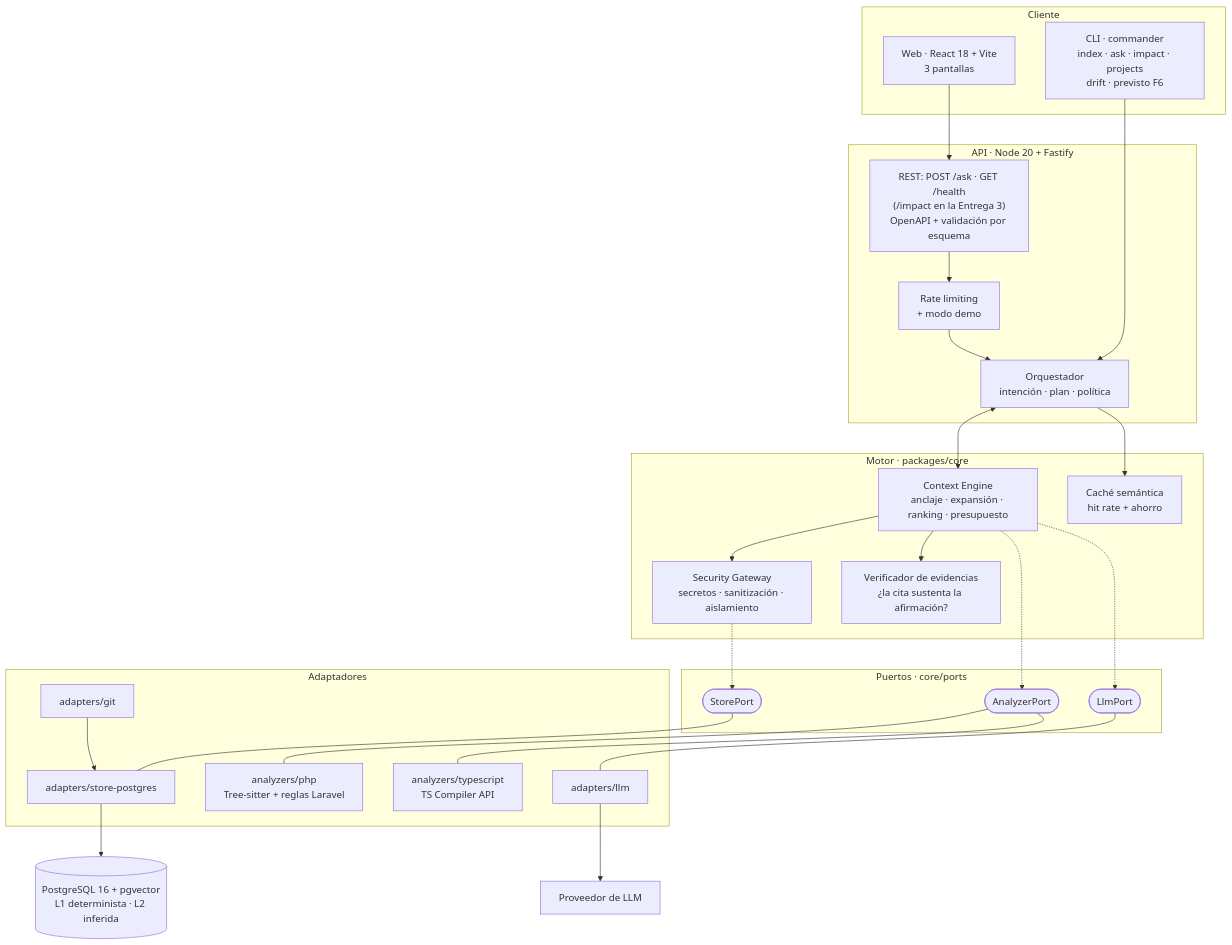
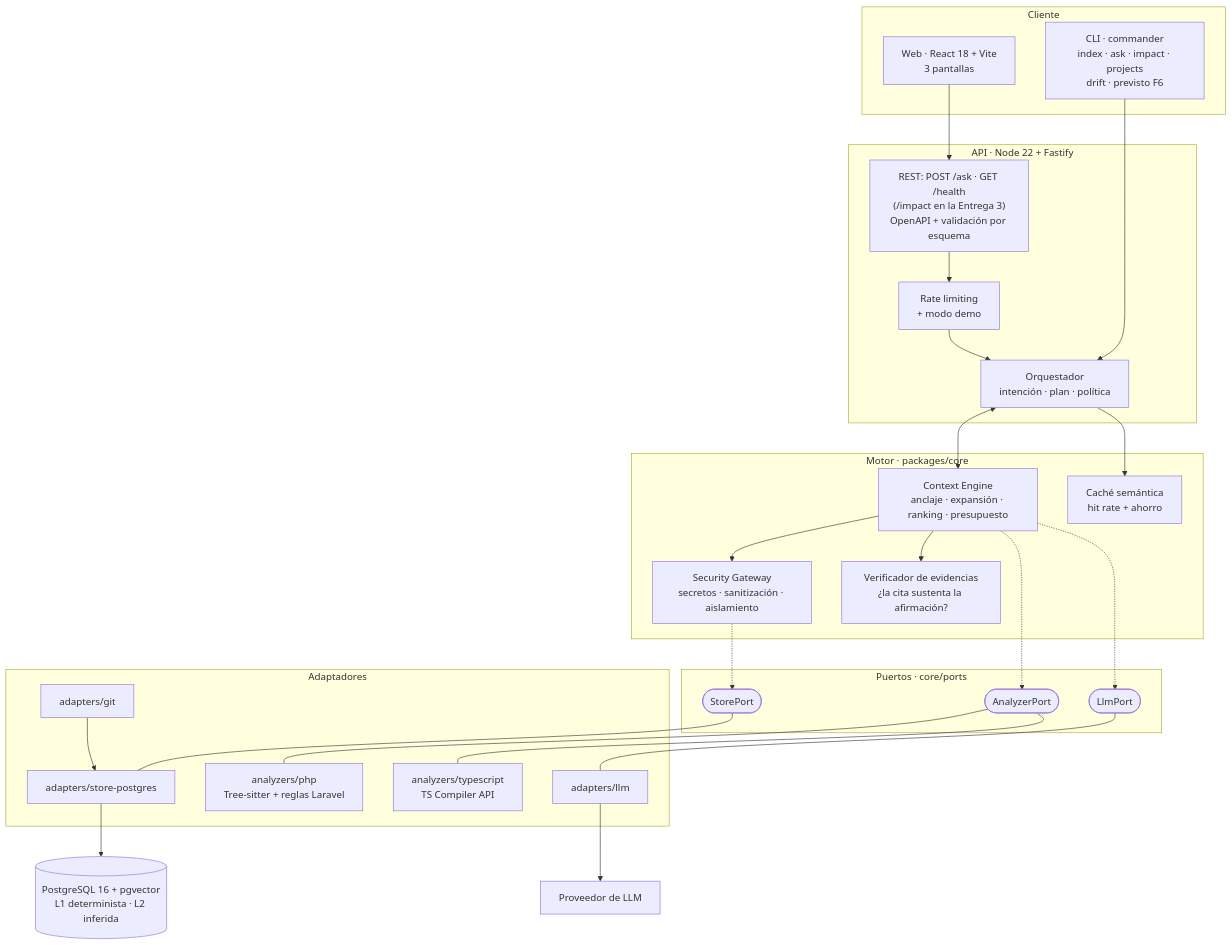
Before and after one commit to DisTinta/AI4Devs-finalproject: the first of 4 diagrams in readme.md, drawn with Mermaid. The commit also changed other lines of this file and 12 other files, not shown here.

````diff
--- a/readme.md
+++ b/readme.md
@@ -464,53 +464,53 @@
 ```mermaid
 flowchart TB
     subgraph client["Cliente"]
         WEB["Web · React 18 + Vite<br/>3 pantallas"]
         CLI["CLI · commander<br/>index · ask · impact · projects<br/>drift · previsto F6"]
     end
 
-    subgraph api["API · Node 20 + Fastify"]
+    subgraph api["API · Node 22 + Fastify"]
         REST["REST: POST /ask · GET /health<br/>(/impact en la Entrega 3)<br/>OpenAPI + validación por esquema"]
         RATE["Rate limiting<br/>+ modo demo"]
         ORCH["Orquestador<br/>intención · plan · política"]
     end
 
     subgraph engine["Motor · packages/core"]
         CTX["Context Engine<br/>anclaje · expansión · ranking · presupuesto"]
         SEC["Security Gateway<br/>secretos · sanitización · aislamiento"]
         VER["Verificador de evidencias<br/>¿la cita sustenta la afirmación?"]
         CACHE["Caché semántica<br/>hit rate + ahorro"]
     end
 
     subgraph ports["Puertos · core/ports"]
         AP(["AnalyzerPort"])
         LP(["LlmPort"])
         SP(["StorePort"])
     end
 
     subgraph adapters["Adaptadores"]
         PHP["analyzers/php<br/>Tree-sitter + reglas Laravel"]
         TSA["analyzers/typescript<br/>TS Compiler API"]
         GIT["adapters/git"]
         LLMA["adapters/llm"]
         PGA["adapters/store-postgres"]
     end
 
     PG[("PostgreSQL 16 + pgvector<br/>L1 determinista · L2 inferida")]
     LLM["Proveedor de LLM"]
 
     WEB --> REST
     CLI --> ORCH
     REST --> RATE --> ORCH
     ORCH <--> CTX
     ORCH --> CACHE
     CTX --> SEC
     CTX --> VER
     CTX -.-> AP
     CTX -.-> LP
     SEC -.-> SP
     AP --- PHP
     AP --- TSA
     LP --- LLMA --> LLM
     SP --- PGA --> PG
     GIT --> PGA
 ```
````
